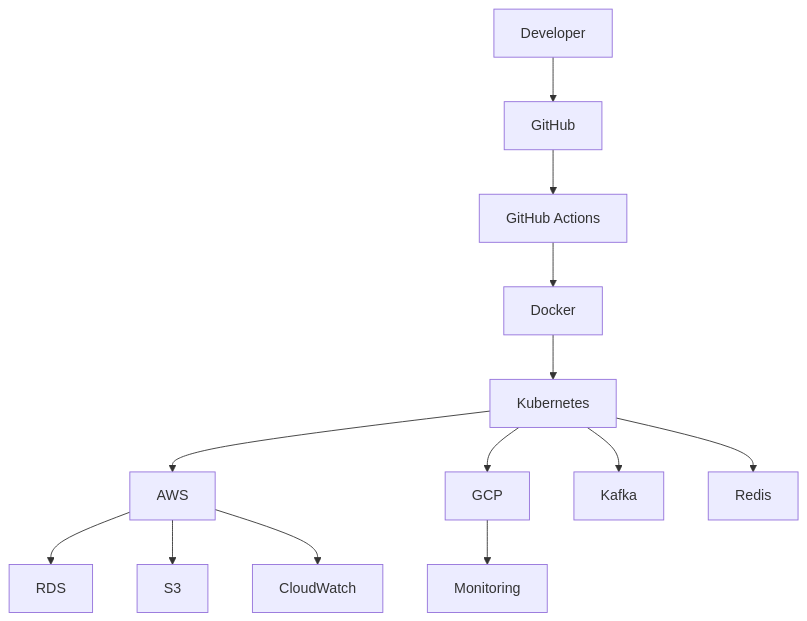
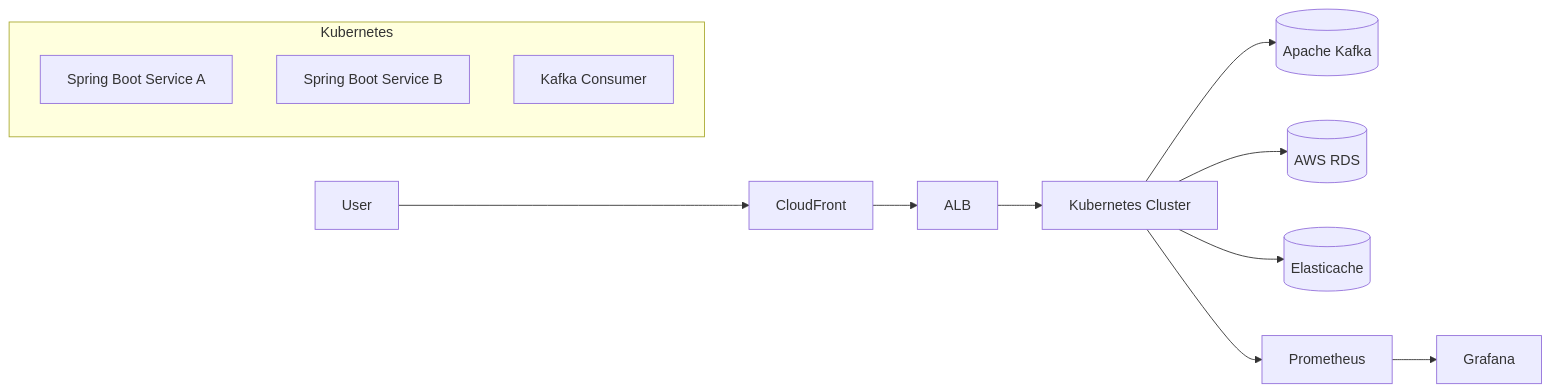
Before and after one commit to jeshwinwilliam/jeshwinwilliam: the second of 2 diagrams in README.md, drawn with Mermaid. The commit also changed other lines of this file, not shown here.

````diff
--- a/README.md
+++ b/README.md
@@ -318,31 +156,21 @@
 ```mermaid
+flowchart LR
 
-flowchart TB
+    User --> CloudFront
+    CloudFront --> ALB
 
-Developer
+    ALB --> K8S[Kubernetes Cluster]
 
-Developer --> GitHub
+    subgraph Kubernetes
+        ServiceA[Spring Boot Service A]
+        ServiceB[Spring Boot Service B]
+        ServiceC[Kafka Consumer]
+    end
 
-GitHub --> Actions[GitHub Actions]
+    K8S --> Kafka[(Apache Kafka)]
+    K8S --> RDS[(AWS RDS)]
+    K8S --> Redis[(Elasticache)]
 
-Actions --> Docker
-
-Docker --> Kubernetes
-
-Kubernetes --> AWS
-
-Kubernetes --> GCP
-
-AWS --> RDS
-
-AWS --> S3
-
-AWS --> CloudWatch
-
-GCP --> Monitoring
-
-Kubernetes --> Kafka
-
-Kubernetes --> Redis
-
+    K8S --> Prometheus[Prometheus]
+    Prometheus --> Grafana[Grafana]
 ```
````
